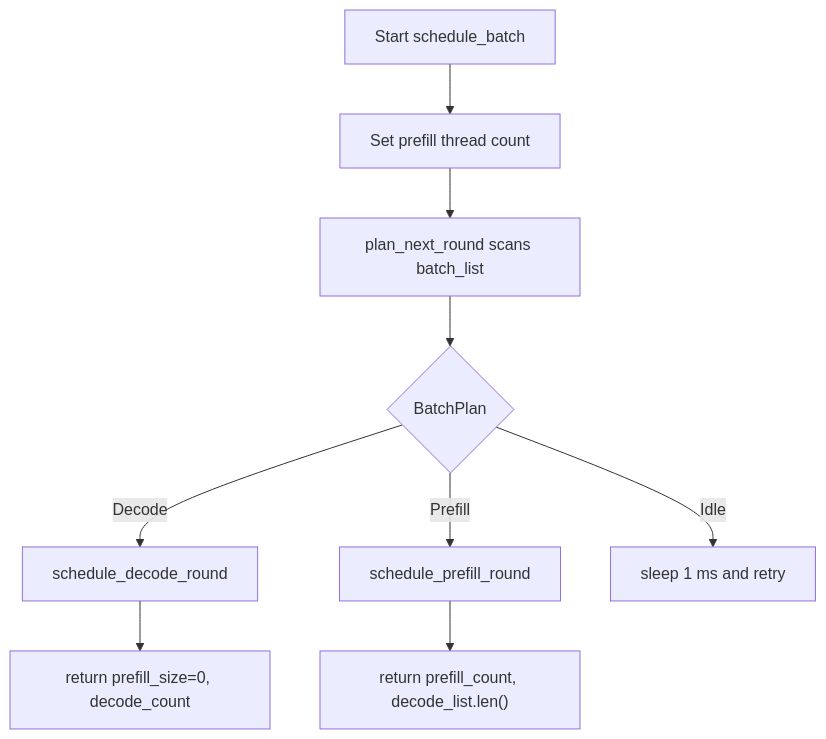
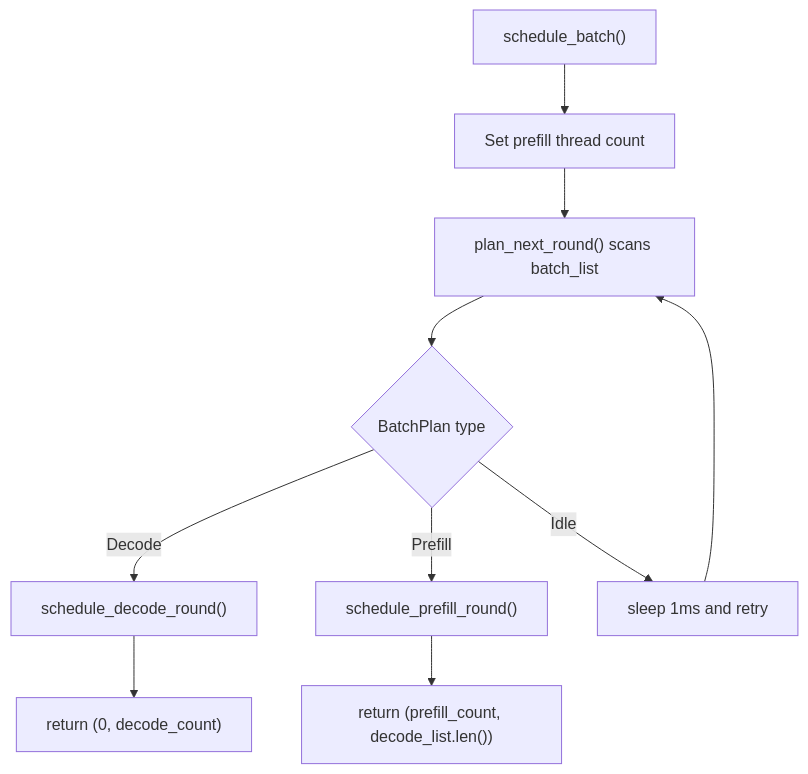
The first of 9 diagrams in docs/en/runtime/schedule.md (lucienhuangfu/eLLM), drawn with Mermaid before and after one commit. The commit also changed other lines of this file and 19 other files, not shown here.

````diff
--- a/docs/en/runtime/schedule.md
+++ b/docs/en/runtime/schedule.md
@@ -84,11 +78,12 @@
 ```mermaid
 flowchart TD
-    A["Start schedule_batch"] --> B["Set prefill thread count"]
-    B --> C["plan_next_round scans batch_list"]
-    C --> D{"BatchPlan"}
-    D -->|Decode| E["schedule_decode_round"]
-    D -->|Prefill| F["schedule_prefill_round"]
-    D -->|Idle| G["sleep 1 ms and retry"]
-    E --> H["return prefill_size=0, decode_count"]
-    F --> I["return prefill_count, decode_list.len()"]
+    A["schedule_batch()"] --> B["Set prefill thread count"]
+    B --> C["plan_next_round() scans batch_list"]
+    C --> D{"BatchPlan type"}
+    D -->|Decode| E["schedule_decode_round()"]
+    D -->|Prefill| F["schedule_prefill_round()"]
+    D -->|Idle| G["sleep 1ms and retry"]
+    E --> H["return (0, decode_count)"]
+    F --> I["return (prefill_count, decode_list.len())"]
+    G --> C
 ```
````
